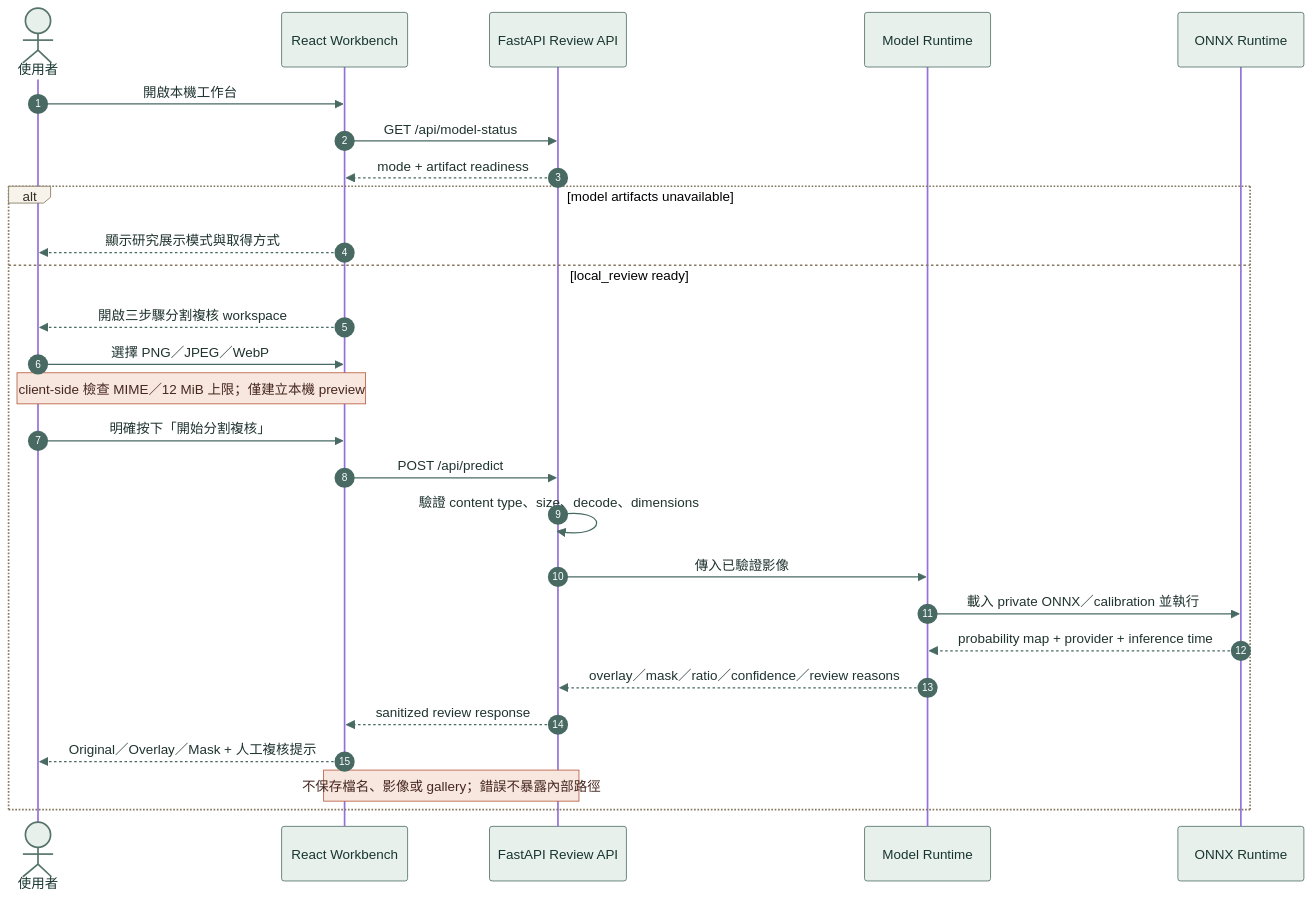
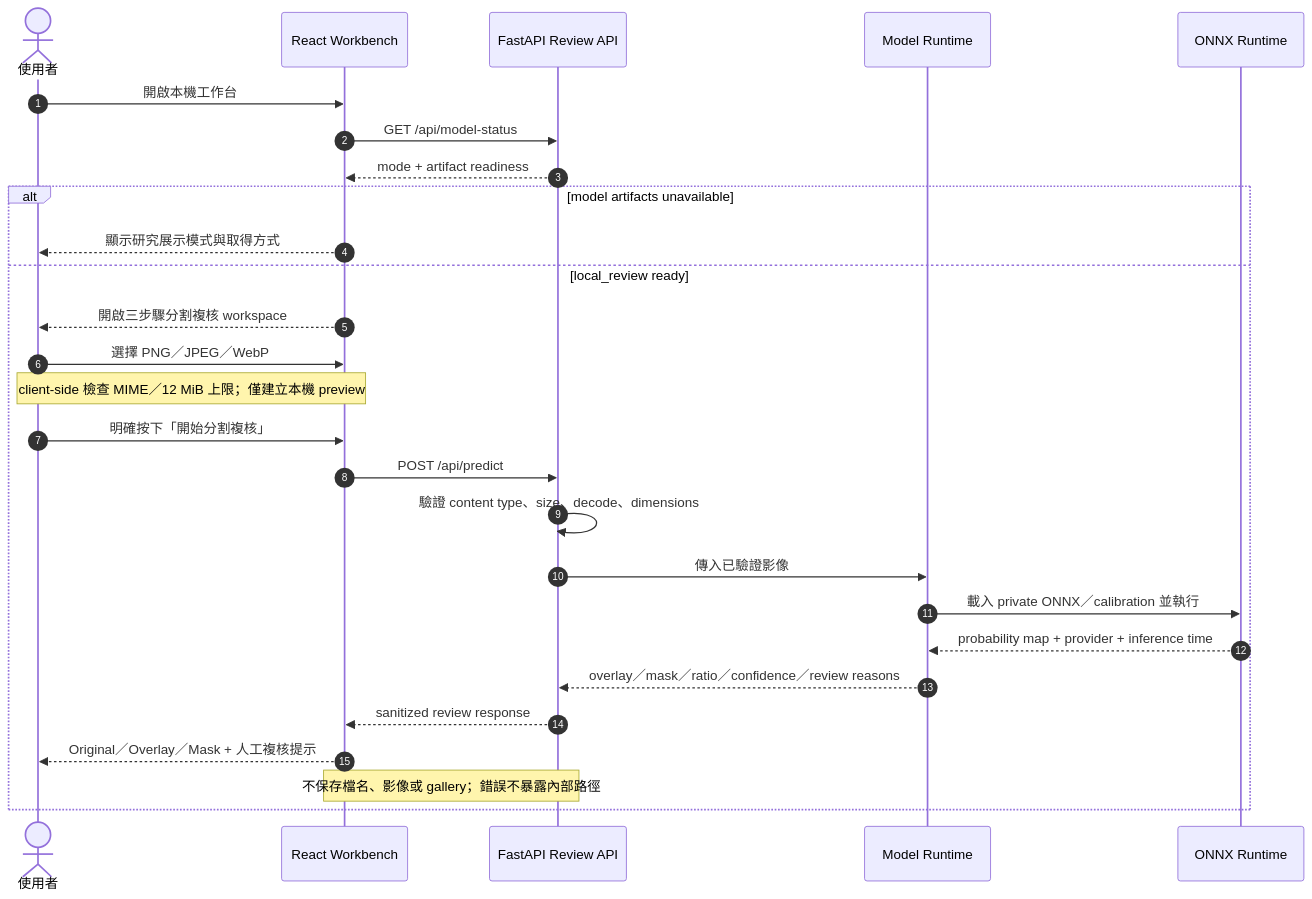
Before and after one commit to kuotunyu/WoundScope: the third of 3 diagrams in README.md, drawn with Mermaid. The commit also changed other lines of this file and 2 other files, not shown here.

Commit message:
fix(docs): preserve Mermaid dark-mode contrast

````diff
--- a/README.md
+++ b/README.md
@@ -139,32 +139,32 @@
 ```mermaid
-%%{init: {"themeVariables": {"fontSize": "18px", "fontFamily": "Arial, sans-serif", "lineColor": "#60736D", "actorBkg": "#E8F0EC", "actorBorder": "#55736A", "actorTextColor": "#17352F", "signalColor": "#486A63", "signalTextColor": "#1F332F", "labelBoxBkgColor": "#F7F3EA", "labelBoxBorderColor": "#857861", "labelTextColor": "#342F27", "noteBkgColor": "#F7E7DF", "noteBorderColor": "#B85F43", "noteTextColor": "#46271F"}}}%%
+%%{init: {"themeVariables": {"fontSize": "18px", "fontFamily": "Arial, sans-serif"}}}%%
 sequenceDiagram
     autonumber
     actor Visitor as 使用者
     participant UI as React Workbench
     participant API as FastAPI Review API
     participant Model as Model Runtime
     participant ONNX as ONNX Runtime
 
     Visitor->>UI: 開啟本機工作台
     UI->>API: GET /api/model-status
     API-->>UI: mode + artifact readiness
 
     alt model artifacts unavailable
         UI-->>Visitor: 顯示研究展示模式與取得方式
     else local_review ready
         UI-->>Visitor: 開啟三步驟分割複核 workspace
         Visitor->>UI: 選擇 PNG／JPEG／WebP
         Note over Visitor,UI: client-side 檢查 MIME／12 MiB 上限；僅建立本機 preview
         Visitor->>UI: 明確按下「開始分割複核」
         UI->>API: POST /api/predict
         API->>API: 驗證 content type、size、decode、dimensions
         API->>Model: 傳入已驗證影像
         Model->>ONNX: 載入 private ONNX／calibration 並執行
         ONNX-->>Model: probability map + provider + inference time
         Model-->>API: overlay／mask／ratio／confidence／review reasons
         API-->>UI: sanitized review response
         UI-->>Visitor: Original／Overlay／Mask + 人工複核提示
         Note over UI,API: 不保存檔名、影像或 gallery；錯誤不暴露內部路徑
     end
 ```
````
